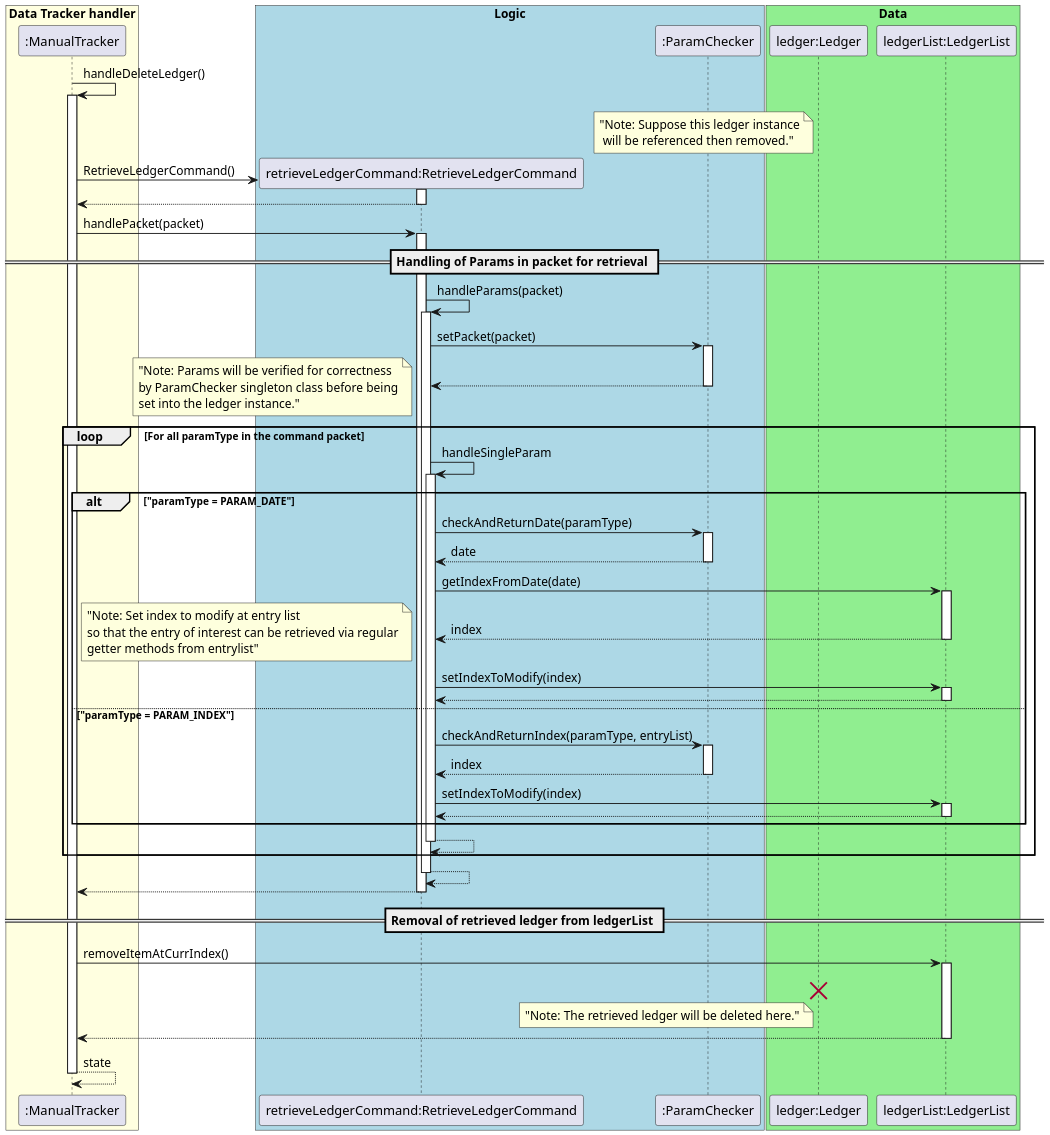
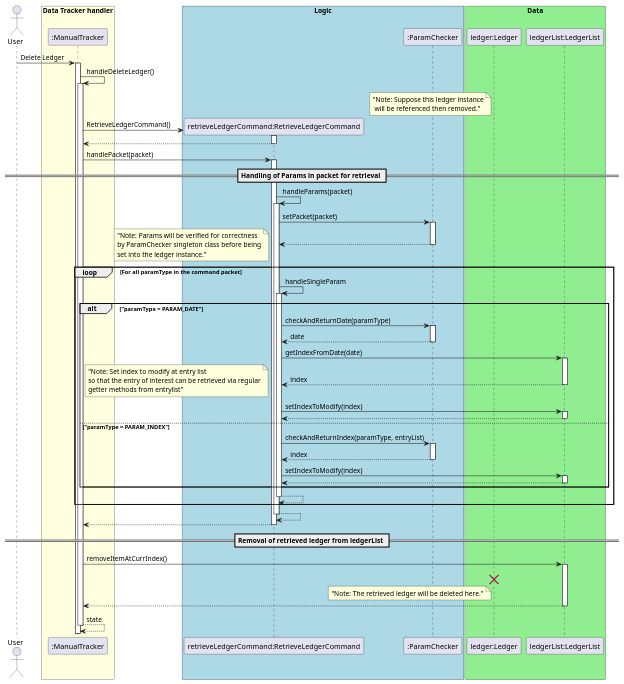
The diagram in docs/uml_images/manualTracker/manualTrackerDeleteLedgerSeqDiagram.puml (nus-cs2113-AY2021S1/tp), drawn with PlantUML before and after one commit. The commit also changed 9 other files, not shown here.

```diff
--- a/docs/uml_images/manualTracker/manualTrackerDeleteLedgerSeqDiagram.puml
+++ b/docs/uml_images/manualTracker/manualTrackerDeleteLedgerSeqDiagram.puml
@@ -1,57 +1,60 @@
 @startuml
 autoactivate on
-scale 2048 width
+
+actor User
+
+User-> ":ManualTracker": Delete Ledger
 
 ":ManualTracker" ->":ManualTracker": handleDeleteLedger()
    note left "ledger:Ledger" : "Note: Suppose this ledger instance\n will be referenced then removed."
    create "retrieveLedgerCommand:RetrieveLedgerCommand"
    ":ManualTracker"-> "retrieveLedgerCommand:RetrieveLedgerCommand" : RetrieveLedgerCommand()
    return
 
    ":ManualTracker"-> "retrieveLedgerCommand:RetrieveLedgerCommand" : handlePacket(packet)
         == Handling of Params in packet for retrieval ==
         "retrieveLedgerCommand:RetrieveLedgerCommand" -> "retrieveLedgerCommand:RetrieveLedgerCommand" : handleParams(packet)
             "retrieveLedgerCommand:RetrieveLedgerCommand" -> ":ParamChecker" : setPacket(packet)
             return
             loop For all paramType in the command packet
                 note left: "Note: Params will be verified for correctness\nby ParamChecker singleton class before being\nset into the ledger instance."
                 "retrieveLedgerCommand:RetrieveLedgerCommand" -> "retrieveLedgerCommand:RetrieveLedgerCommand" : handleSingleParam
                     alt "paramType = PARAM_DATE"
                         "retrieveLedgerCommand:RetrieveLedgerCommand" ->":ParamChecker": checkAndReturnDate(paramType)
                         return date
                         "retrieveLedgerCommand:RetrieveLedgerCommand" -> "ledgerList:LedgerList" : getIndexFromDate(date)
                         return index
                         note left: "Note: Set index to modify at entry list\nso that the entry of interest can be retrieved via regular\ngetter methods from entrylist"
                         "retrieveLedgerCommand:RetrieveLedgerCommand" -> "ledgerList:LedgerList" : setIndexToModify(index)
                         return
                     else "paramType = PARAM_INDEX"
                         "retrieveLedgerCommand:RetrieveLedgerCommand" ->":ParamChecker": checkAndReturnIndex(paramType, entryList)
                         return index
                         "retrieveLedgerCommand:RetrieveLedgerCommand" -> "ledgerList:LedgerList" : setIndexToModify(index)
                         return
                     end
                 return
             end
         return
    return
    == Removal of retrieved ledger from ledgerList ==
    ":ManualTracker"-> "ledgerList:LedgerList" : removeItemAtCurrIndex()
    note left "ledger:Ledger": "Note: The retrieved ledger will be deleted here."
    destroy "ledger:Ledger"
    return
 return state
 
 box "Data Tracker handler" #LightYellow
 participant ":ManualTracker"
 endBox
 
 box "Logic" #LightBlue
 participant "retrieveLedgerCommand:RetrieveLedgerCommand"
 participant ":ParamChecker"
 endBox
 
 box "Data" #LightGreen
 participant "ledger:Ledger"
 participant "ledgerList:LedgerList"
 endBox
 @enduml
```
